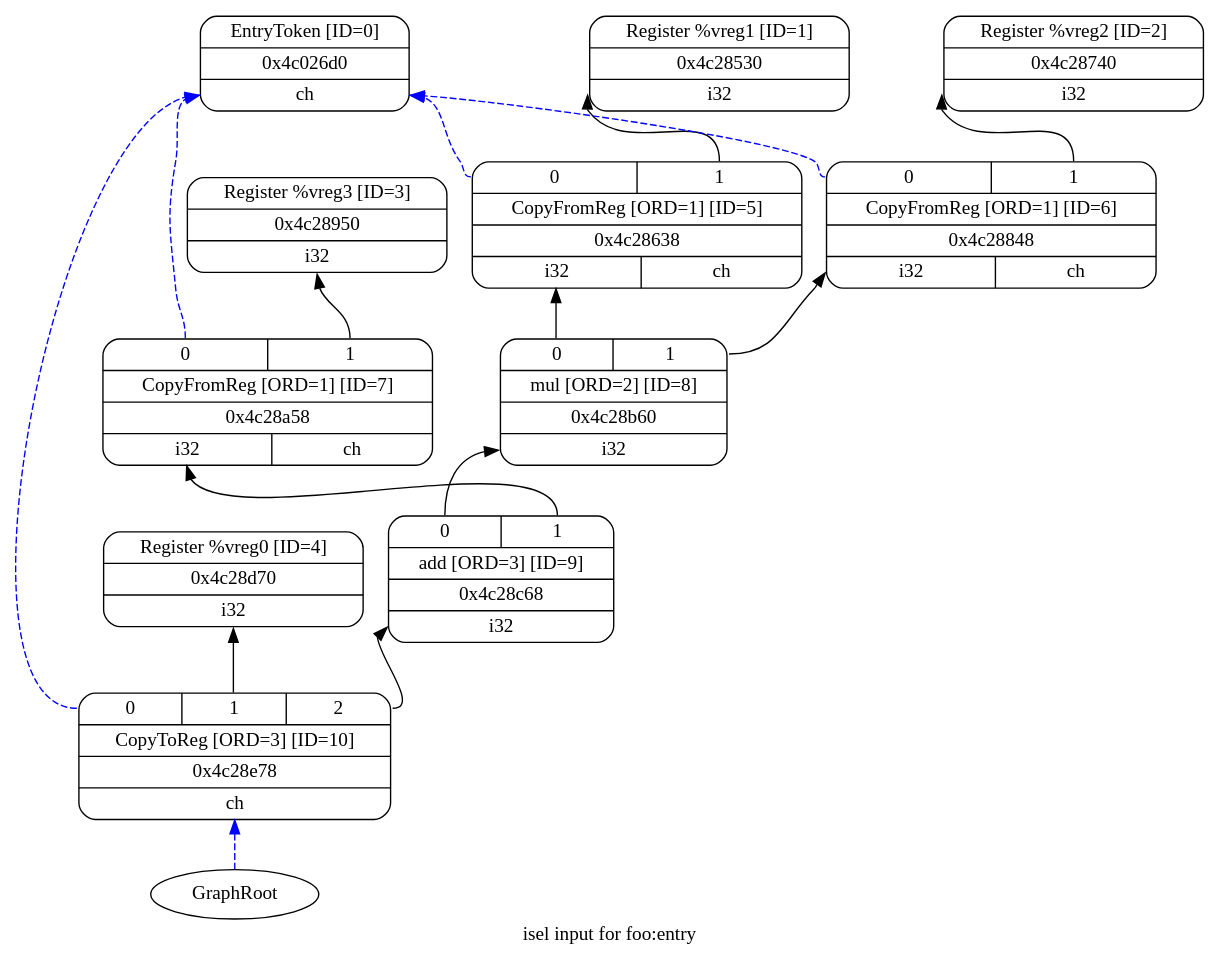
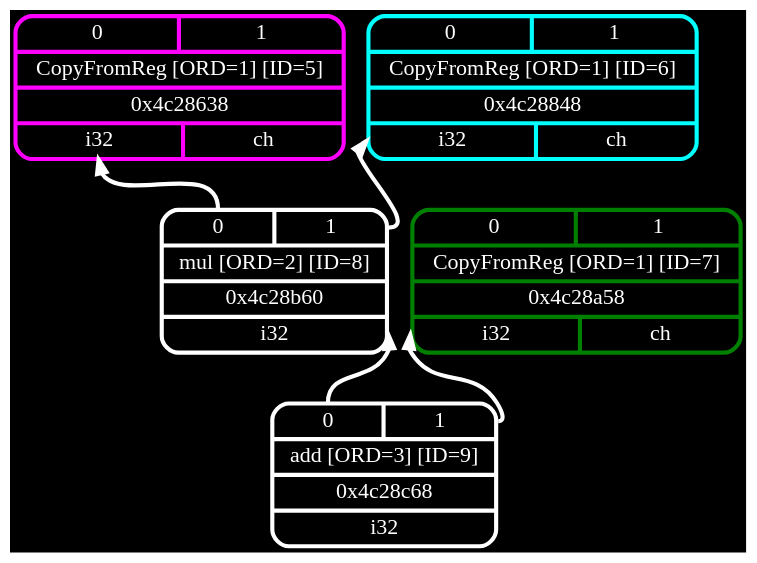
Before and after one commit to frasercrmck/llvm-leg: the diagram in docs/Codeplay/examples/ex3/ex3-pre-isel.dot, drawn with Graphviz. The commit also changed 16 other files, not shown here.

Commit message:
Rename example graph files.

```diff
--- a/docs/Codeplay/examples/ex3/ex3-pre-isel.dot
+++ b/docs/Codeplay/examples/ex3/ex3-pre-isel.dot
@@ -1,31 +1,14 @@
 digraph "isel input for foo:entry" {
 	rankdir="BT";
-	label="isel input for foo:entry";
-
-	Node0x4c026d0 [shape=record,shape=Mrecord,label="{EntryToken [ID=0]|0x4c026d0|{<d0>ch}}"];
-	Node0x4c28530 [shape=record,shape=Mrecord,label="{Register %vreg1 [ID=1]|0x4c28530|{<d0>i32}}"];
-	Node0x4c28740 [shape=record,shape=Mrecord,label="{Register %vreg2 [ID=2]|0x4c28740|{<d0>i32}}"];
-	Node0x4c28950 [shape=record,shape=Mrecord,label="{Register %vreg3 [ID=3]|0x4c28950|{<d0>i32}}"];
-	Node0x4c28d70 [shape=record,shape=Mrecord,label="{Register %vreg0 [ID=4]|0x4c28d70|{<d0>i32}}"];
-	Node0x4c28638 [shape=record,shape=Mrecord,label="{{<s0>0|<s1>1}|CopyFromReg [ORD=1] [ID=5]|0x4c28638|{<d0>i32|<d1>ch}}"];
-	Node0x4c28638:s0 -> Node0x4c026d0:d0[color=blue,style=dashed];
-	Node0x4c28638:s1 -> Node0x4c28530:d0;
-	Node0x4c28848 [shape=record,shape=Mrecord,label="{{<s0>0|<s1>1}|CopyFromReg [ORD=1] [ID=6]|0x4c28848|{<d0>i32|<d1>ch}}"];
-	Node0x4c28848:s0 -> Node0x4c026d0:d0[color=blue,style=dashed];
-	Node0x4c28848:s1 -> Node0x4c28740:d0;
-	Node0x4c28a58 [shape=record,shape=Mrecord,label="{{<s0>0|<s1>1}|CopyFromReg [ORD=1] [ID=7]|0x4c28a58|{<d0>i32|<d1>ch}}"];
-	Node0x4c28a58:s0 -> Node0x4c026d0:d0[color=blue,style=dashed];
-	Node0x4c28a58:s1 -> Node0x4c28950:d0;
-	Node0x4c28b60 [shape=record,shape=Mrecord,label="{{<s0>0|<s1>1}|mul [ORD=2] [ID=8]|0x4c28b60|{<d0>i32}}"];
-	Node0x4c28b60:s0 -> Node0x4c28638:d0;
-	Node0x4c28b60:s1 -> Node0x4c28848:d0;
-	Node0x4c28c68 [shape=record,shape=Mrecord,label="{{<s0>0|<s1>1}|add [ORD=3] [ID=9]|0x4c28c68|{<d0>i32}}"];
-	Node0x4c28c68:s0 -> Node0x4c28b60:d0;
-	Node0x4c28c68:s1 -> Node0x4c28a58:d0;
-	Node0x4c28e78 [shape=record,shape=Mrecord,label="{{<s0>0|<s1>1|<s2>2}|CopyToReg [ORD=3] [ID=10]|0x4c28e78|{<d0>ch}}"];
-	Node0x4c28e78:s0 -> Node0x4c026d0:d0[color=blue,style=dashed];
-	Node0x4c28e78:s1 -> Node0x4c28d70:d0;
-	Node0x4c28e78:s2 -> Node0x4c28c68:d0;
-	Node0x0[ plaintext=circle, label ="GraphRoot"];
-	Node0x0 -> Node0x4c28e78:d0[color=blue,style=dashed];
+	bgcolor="black";
+	
+	Node0x4c28638 [shape=record,shape=Mrecord,label="{{<s0>0|<s1>1}|CopyFromReg [ORD=1] [ID=5]|0x4c28638|{<d0>i32|<d1>ch}}",penwidth=3,color="magenta",fontname="Calibri",fontsize=16,fontcolor="white"];
+	Node0x4c28848 [shape=record,shape=Mrecord,label="{{<s0>0|<s1>1}|CopyFromReg [ORD=1] [ID=6]|0x4c28848|{<d0>i32|<d1>ch}}",penwidth=3,color="cyan",fontname="Calibri",fontsize=16,fontcolor="white"];
+	Node0x4c28a58 [shape=record,shape=Mrecord,label="{{<s0>0|<s1>1}|CopyFromReg [ORD=1] [ID=7]|0x4c28a58|{<d0>i32|<d1>ch}}",penwidth=3,color="green",fontname="Calibri",fontsize=16,fontcolor="white"];
+	Node0x4c28b60 [shape=record,shape=Mrecord,label="{{<s0>0|<s1>1}|mul [ORD=2] [ID=8]|0x4c28b60|{<d0>i32}}",penwidth=3,color="white",fontname="Calibri",fontsize=16,fontcolor="white"];
+	Node0x4c28b60:s0 -> Node0x4c28638:d0[penwidth=3,color="white",fontname="Calibri",fontsize=16,fontcolor="white"];
+	Node0x4c28b60:s1 -> Node0x4c28848:d0[penwidth=3,color="white",fontname="Calibri",fontsize=16,fontcolor="white"];
+	Node0x4c28c68 [shape=record,shape=Mrecord,label="{{<s0>0|<s1>1}|add [ORD=3] [ID=9]|0x4c28c68|{<d0>i32}}",penwidth=3,color="white",fontname="Calibri",fontsize=16,fontcolor="white"];
+	Node0x4c28c68:s0 -> Node0x4c28b60:d0[penwidth=3,color="white",fontname="Calibri",fontsize=16,fontcolor="white"];
+	Node0x4c28c68:s1 -> Node0x4c28a58:d0[penwidth=3,color="white",fontname="Calibri",fontsize=16,fontcolor="white"];
 }
```
